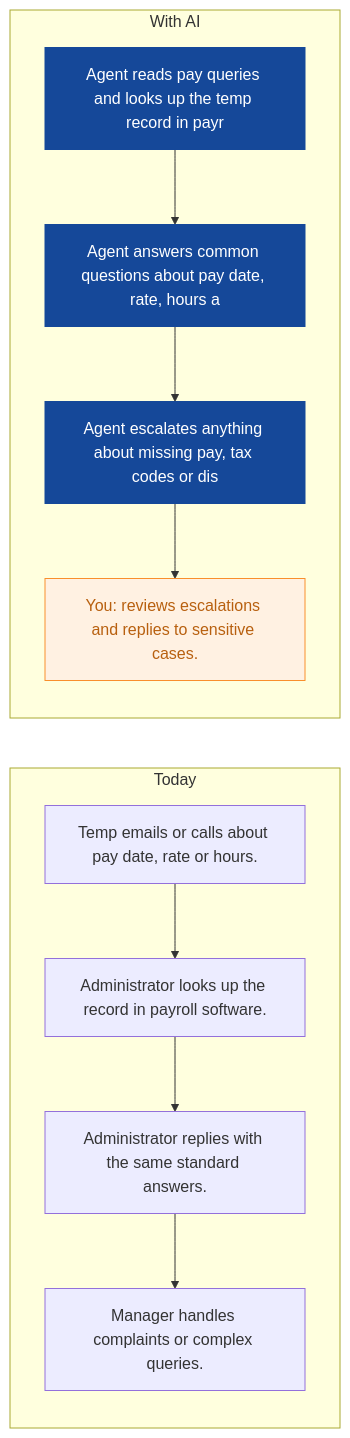
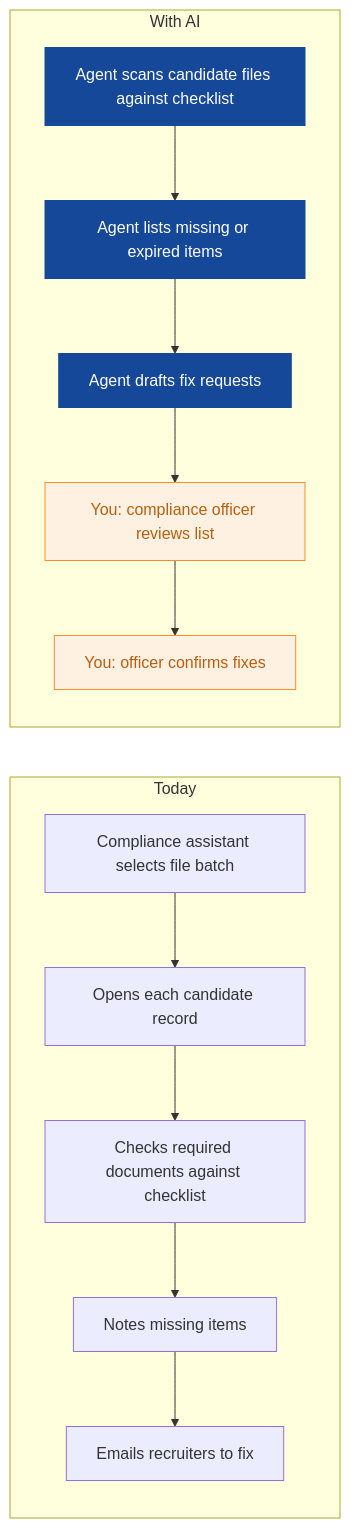
One commit to nexibeo/Complete-AI-Strategy changed the eighth of 9 diagrams in strategies/cobalt-crew-recruitment.md. Above: the diagram before and after it, drawn with Mermaid. The commit also changed other lines of this file and 26 other files, not shown here.

````diff
--- a/strategies/cobalt-crew-recruitment.md
+++ b/strategies/cobalt-crew-recruitment.md
@@ -237,21 +256,23 @@
 ```mermaid
 flowchart LR
   subgraph Today
-    B0["Temp emails or calls about pay date, rate or hours."]
-    B1["Administrator looks up the record in payroll software."]
-    B2["Administrator replies with the same standard answers."]
-    B3["Manager handles complaints or complex queries."]
-    B0 --> B1 --> B2 --> B3
+    B0["Compliance assistant selects file batch"]
+    B1["Opens each candidate record"]
+    B2["Checks required documents against checklist"]
+    B3["Notes missing items"]
+    B4["Emails recruiters to fix"]
+    B0 --> B1 --> B2 --> B3 --> B4
   end
   subgraph WithAI[With AI]
-    A0["Agent reads pay queries and looks up the temp record in payr"]
-    A1["Agent answers common questions about pay date, rate, hours a"]
-    A2["Agent escalates anything about missing pay, tax codes or dis"]
-    A3["You: reviews escalations and replies to sensitive cases."]
-    A0 --> A1 --> A2 --> A3
+    A0["Agent scans candidate files against checklist"]
+    A1["Agent lists missing or expired items"]
+    A2["Agent drafts fix requests"]
+    A3["You: compliance officer reviews list"]
+    A4["You: officer confirms fixes"]
+    A0 --> A1 --> A2 --> A3 --> A4
   end
   classDef ai fill:#154899,color:#fff,stroke:#154899
   classDef human fill:#FFF1E2,color:#B8600F,stroke:#F98F2C
   class A0,A1,A2 ai
-  class A3 human
+  class A3,A4 human
 ```
````
